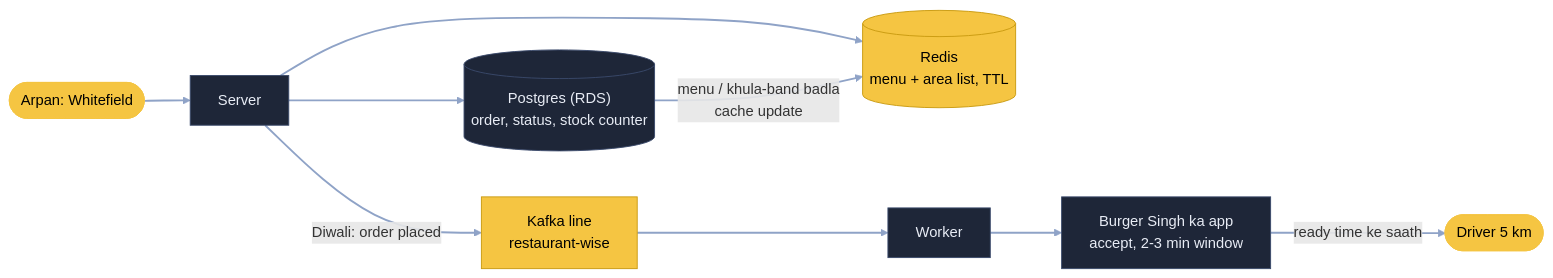
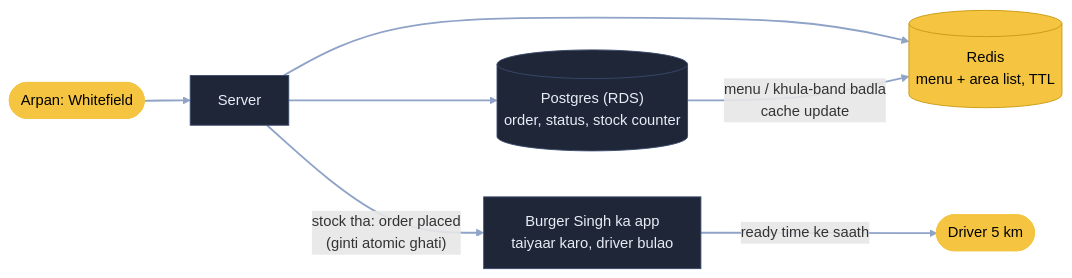
The ninth of 9 diagrams in 04_HLD/SYSTEM_DESIGNS/24_zomato/24_zomato.md (ArpanMaheshwari144/Prep), drawn with Mermaid before and after one commit. The commit also changed other lines of this file and 1 other file, not shown here.

Commit message:
Zomato kadam 6 dobara scene-mock: atomic ginti + auto-accept, Kafka nahi; kadam 8 (DLQ) hata; kadam 5 = khud accept wala restaurant

````diff
--- a/04_HLD/SYSTEM_DESIGNS/24_zomato/24_zomato.md
+++ b/04_HLD/SYSTEM_DESIGNS/24_zomato/24_zomato.md
@@ -327,15 +300,13 @@
 ```mermaid
 flowchart LR
     A(["Arpan: Whitefield"]):::pill --> S["Server"]:::card
     S --> R[("Redis<br/>menu + area list, TTL")]:::new
     S --> P[("Postgres (RDS)<br/>order, status, stock counter")]:::card
     P -- "menu / khula-band badla<br/>cache update" --> R
-    S -- "Diwali: order placed" --> K["Kafka line<br/>restaurant-wise"]:::new
-    K --> W["Worker"]:::card
-    W --> B["Burger Singh ka app<br/>accept, 2-3 min window"]:::card
+    S -- "stock tha: order placed<br/>(ginti atomic ghati)" --> B["Burger Singh ka app<br/>taiyaar karo, driver bulao"]:::card
     B -- "ready time ke saath" --> D(["Driver 5 km"]):::pill
     linkStyle default stroke:#8fa3c7,stroke-width:2px
     classDef card fill:#1e2638,stroke:#3a4a6b,color:#e8ecf5
     classDef pill fill:#f5c542,stroke:#f5c542,color:#000
     classDef new fill:#f5c542,stroke:#c99a10,color:#000
 ```
````
